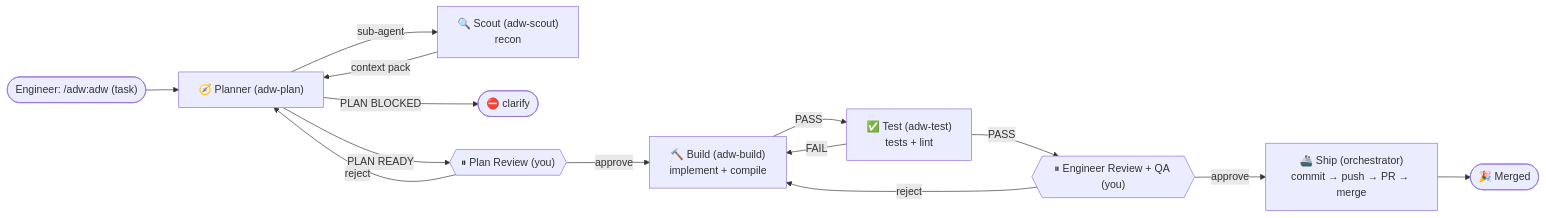
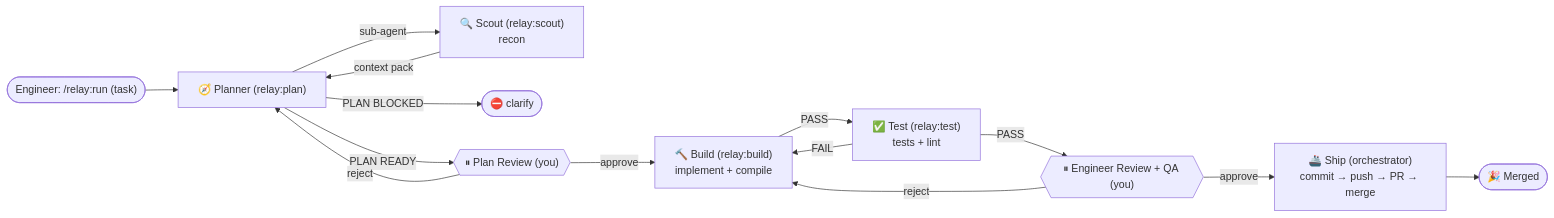
Before and after one commit to el-varquez/adw: the diagram in README.md, drawn with Mermaid. The commit also changed other lines of this file and 8 other files, not shown here.

Commit message:
feat!: rebrand ADW → Relay — plugin/skill/agents/repo renamed (relay:run, relay:plan/scout/build/test) (v2.0.0)

````diff
--- a/README.md
+++ b/README.md
@@ -26,16 +27,16 @@
 ```mermaid
 flowchart LR
-    E(["Engineer: /adw:adw (task)"]) --> P["🧭 Planner (adw-plan)"]
-    P -->|"sub-agent"| PS["🔍 Scout (adw-scout)<br/>recon"]
+    E(["Engineer: /relay:run (task)"]) --> P["🧭 Planner (relay:plan)"]
+    P -->|"sub-agent"| PS["🔍 Scout (relay:scout)<br/>recon"]
     PS -->|"context pack"| P
     P -->|"PLAN BLOCKED"| X(["⛔ clarify"])
     P -->|"PLAN READY"| PR{{"⏸ Plan Review (you)"}}
     PR -->|"reject"| P
-    PR -->|"approve"| B["🔨 Build (adw-build)<br/>implement + compile"]
-    B -->|"PASS"| T["✅ Test (adw-test)<br/>tests + lint"]
+    PR -->|"approve"| B["🔨 Build (relay:build)<br/>implement + compile"]
+    B -->|"PASS"| T["✅ Test (relay:test)<br/>tests + lint"]
     T -->|"FAIL"| B
     T -->|"PASS"| R{{"⏸ Engineer Review + QA (you)"}}
     R -->|"reject"| B
     R -->|"approve"| SH["🚢 Ship (orchestrator)<br/>commit → push → PR → merge"]
     SH --> DONE(["🎉 Merged"])
 ```
````
